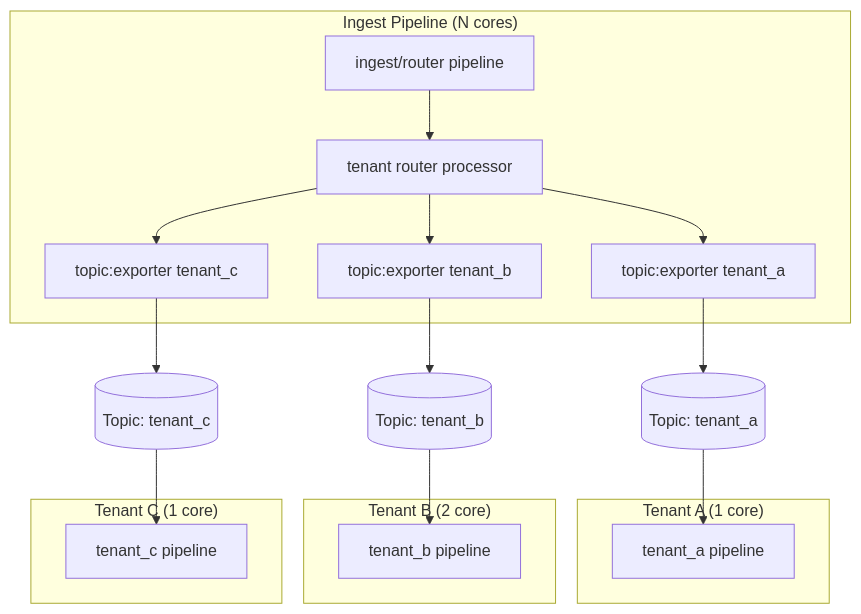
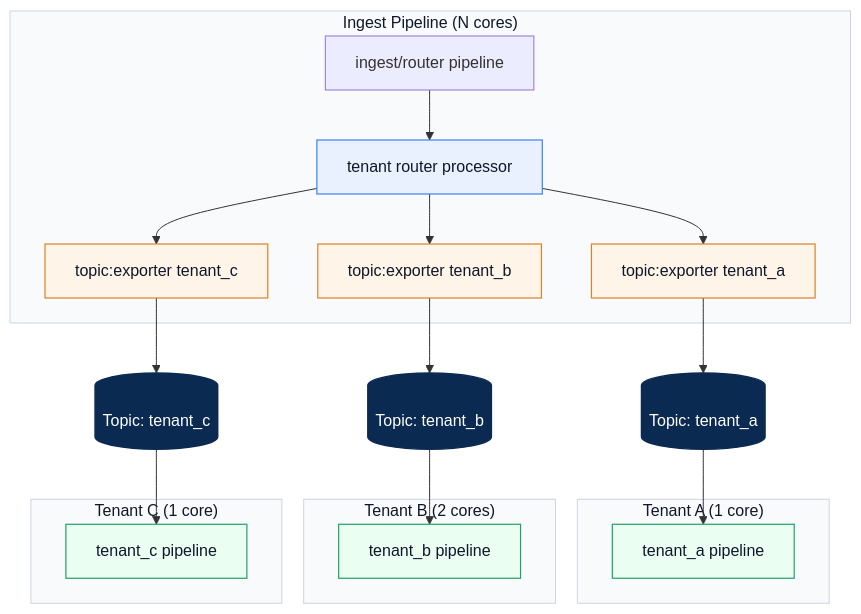
The second of 3 diagrams in rust/otap-dataflow/crates/engine/README.md (lquerel/otel-arrow), drawn with Mermaid before and after one commit. The commit also changed other lines of this file, not shown here.

Commit message:
Improve mermaid diagrams

````diff
--- a/rust/otap-dataflow/crates/engine/README.md
+++ b/rust/otap-dataflow/crates/engine/README.md
@@ -83,33 +97,47 @@
 ```mermaid
+%%{init: {"theme":"base","themeVariables":{"fontFamily":"ui-sans-serif,system-ui,-apple-system,'Segoe UI',Roboto,'Helvetica Neue',Arial","primaryTextColor":"#0f172a","lineColor":"#64748b","background":"#ffffff"},"flowchart":{"curve":"basis","nodeSpacing":36,"rankSpacing":56}}}%%
 flowchart TB
     subgraph ING["Ingest Pipeline (N cores)"]
         I["ingest/router pipeline"] --> R["tenant router processor"]
 
         R --> E1["topic:exporter tenant_a"]
         R --> E2["topic:exporter tenant_b"]
         R --> E3["topic:exporter tenant_c"]
     end
 
     TA[(Topic: tenant_a)]
     TB[(Topic: tenant_b)]
     TC[(Topic: tenant_c)]
 
     E1 --> TA
     E2 --> TB
     E3 --> TC
     TA --> A1
     TB --> B1
     TC --> C1
     
     subgraph TENANT_A["Tenant A (1 core)"]
         A1["tenant_a pipeline"]
     end
 
-    subgraph TENANT_B["Tenant B (2 core)"]
+    subgraph TENANT_B["Tenant B (2 cores)"]
         B1["tenant_b pipeline"]
     end
     
     subgraph TENANT_C["Tenant C (1 core)"]
         C1["tenant_c pipeline"]
     end
+
+    classDef topic fill:#0b2a52,stroke:#0b2a52,color:#ffffff,stroke-width:1.5px;
+    classDef exporter fill:#fff4e8,stroke:#d9822b,color:#0f172a,stroke-width:1.2px;
+    classDef processor fill:#e9f1ff,stroke:#3b82f6,color:#0f172a,stroke-width:1.2px;
+    classDef tenant fill:#eafff2,stroke:#22a06b,color:#0f172a,stroke-width:1.2px;
+    class E1,E2,E3 exporter;
+    class R processor;
+    class TA,TB,TC topic;
+    class A1,B1,C1 tenant;
+    style ING fill:#f8fafc,stroke:#cbd5e1,stroke-width:1px,color:#0f172a;
+    style TENANT_A fill:#f8fafc,stroke:#cbd5e1,stroke-width:1px,color:#0f172a;
+    style TENANT_B fill:#f8fafc,stroke:#cbd5e1,stroke-width:1px,color:#0f172a;
+    style TENANT_C fill:#f8fafc,stroke:#cbd5e1,stroke-width:1px,color:#0f172a;
 ```
````
